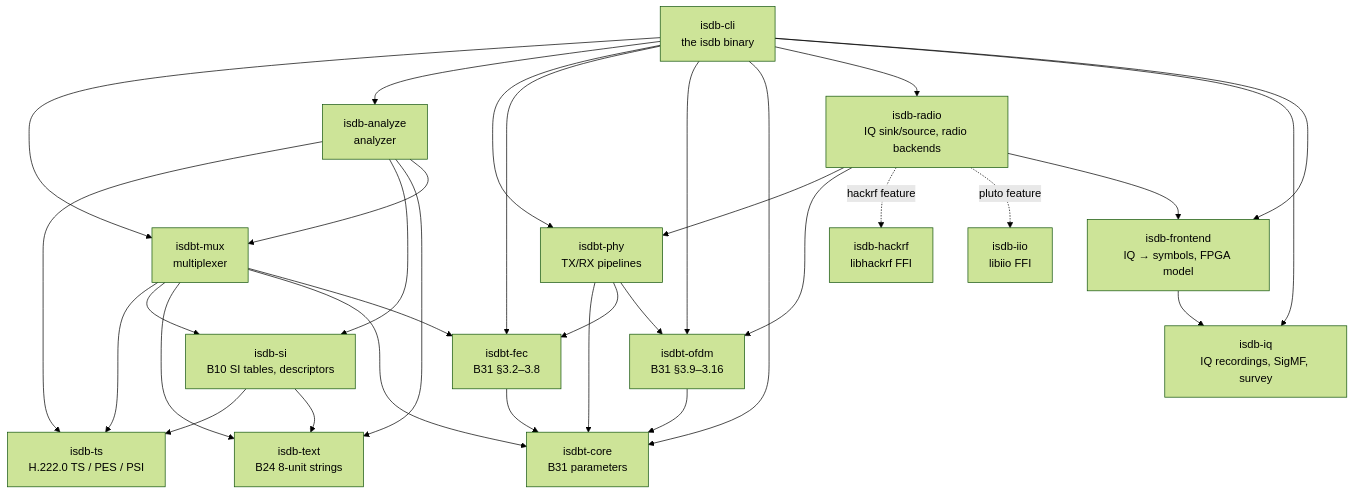
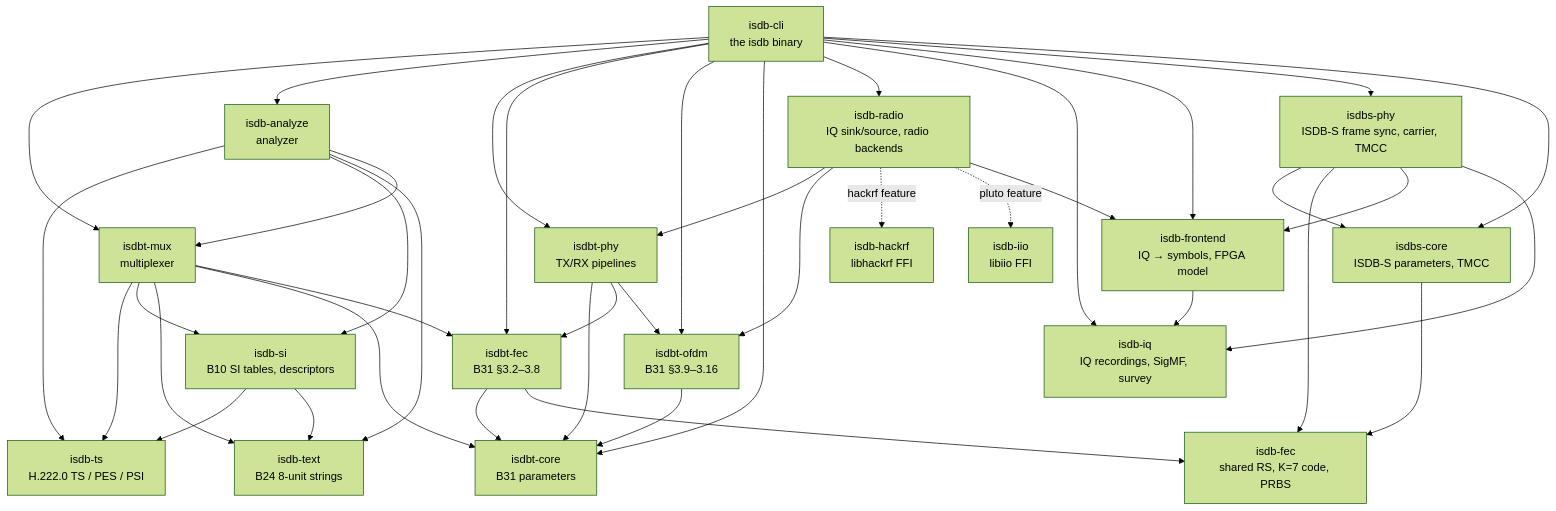
Before and after one commit to a1678991/isdb-rs: the diagram in docs/architecture.md, drawn with Mermaid (forest theme). The commit also changed other lines of this file and 9 other files, not shown here.

First line of the commit message:
docs: ISDB-S frame sync and TMCC on 21 transponders, coverage and notes

````diff
--- a/docs/architecture.md
+++ b/docs/architecture.md
@@ -39,50 +39,61 @@
 ```mermaid
 graph TD
   ts[isdb-ts<br/>H.222.0 TS / PES / PSI]
   text[isdb-text<br/>B24 8-unit strings]
   si[isdb-si<br/>B10 SI tables, descriptors]
   core[isdbt-core<br/>B31 parameters]
   fec[isdbt-fec<br/>B31 §3.2–3.8]
   ofdm[isdbt-ofdm<br/>B31 §3.9–3.16]
   phy[isdbt-phy<br/>TX/RX pipelines]
   mux[isdbt-mux<br/>multiplexer]
   ana[isdb-analyze<br/>analyzer]
   radio[isdb-radio<br/>IQ sink/source, radio backends]
   hrf[isdb-hackrf<br/>libhackrf FFI]
   iio[isdb-iio<br/>libiio FFI]
   iq[isdb-iq<br/>IQ recordings, SigMF, survey]
   fe[isdb-frontend<br/>IQ → symbols, FPGA model]
+  sfec[isdb-fec<br/>shared RS, K=7 code, PRBS]
+  score[isdbs-core<br/>ISDB-S parameters, TMCC]
+  sphy[isdbs-phy<br/>ISDB-S frame sync, carrier, TMCC]
   cli[isdb-cli<br/>the isdb binary]
 
   si --> ts
   si --> text
   mux --> ts
   mux --> si
   mux --> text
   mux --> core
   mux --> fec
   ana --> ts
   ana --> si
   ana --> text
   ana --> mux
   fec --> core
   ofdm --> core
   phy --> core
   phy --> fec
   phy --> ofdm
   radio --> phy
   radio --> ofdm
   radio -. "hackrf feature" .-> hrf
   radio -. "pluto feature" .-> iio
   cli --> mux
   cli --> ana
   cli --> phy
   cli --> fec
   cli --> ofdm
   cli --> core
   cli --> radio
   cli --> iq
   cli --> fe
   fe --> iq
   radio --> fe
+  fec --> sfec
+  score --> sfec
+  sphy --> score
+  sphy --> sfec
+  sphy --> fe
+  sphy --> iq
+  cli --> sphy
+  cli --> score
 ```
````
